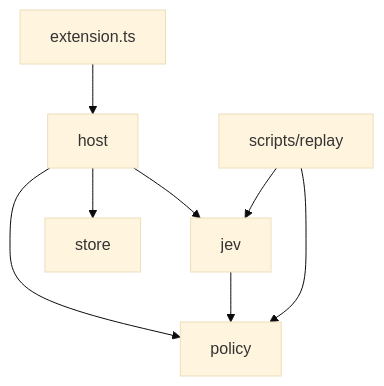
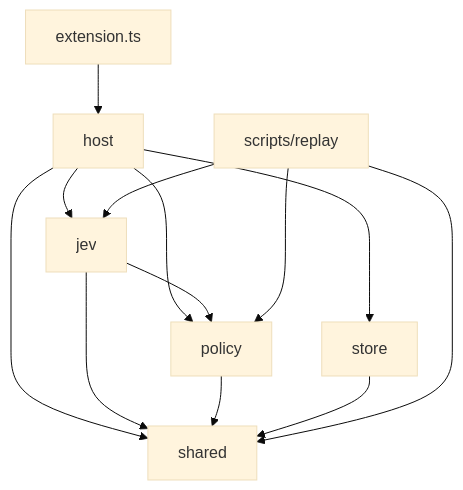
One commit to ttdua/pi-jev-pilot changed the second of 2 diagrams in docs/architecture.md. Above: the diagram before and after it, drawn with Mermaid (base theme). The commit also changed other lines of this file and 2 other files, not shown here.

Commit message:
docs: shared Jev URL rule

````diff
--- a/docs/architecture.md
+++ b/docs/architecture.md
@@ -92,10 +95,15 @@
 ```mermaid
 flowchart TD
     ext["extension.ts"] --> host
     host --> jev
     host --> policy
     host --> store
     jev --> policy
+    host --> shared
+    jev --> shared
+    policy --> shared
+    store --> shared
     scripts["scripts/replay"] --> jev
     scripts --> policy
+    scripts --> shared
 ```
````
